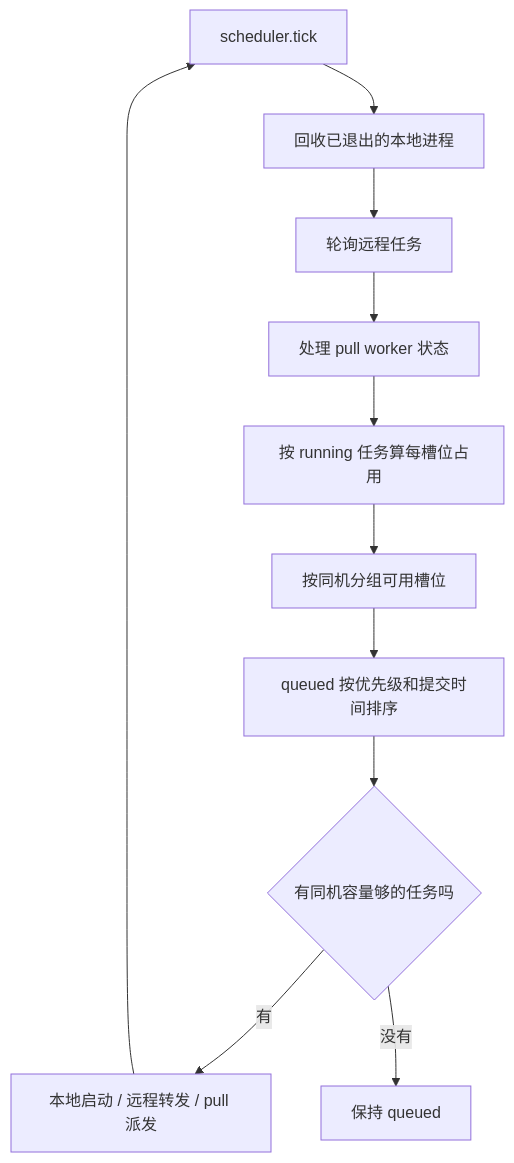
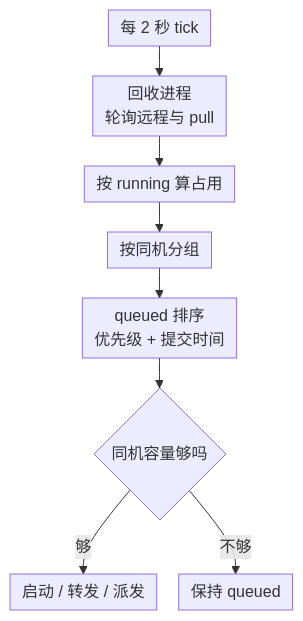
The fifth of 9 diagrams in src/content/posts/chest-smart-diagnosis.md (cixiy1/Yuki-blog), drawn with Mermaid before and after one commit. The commit also changed other lines of this file, not shown here.

First line of the commit message:
fix(posts): 架构图在深色模式下字太小发灰

````diff
--- a/src/content/posts/chest-smart-diagnosis.md
+++ b/src/content/posts/chest-smart-diagnosis.md
@@ -211,13 +206,11 @@
 ```mermaid
+%%{init: {"flowchart": {"nodeSpacing": 22, "rankSpacing": 30, "padding": 6, "wrappingWidth": 160}}}%%
 flowchart TD
-  Tick["scheduler.tick"] --> Reap["回收已退出的本地进程"]
-  Reap --> PollRemote["轮询远程任务"]
-  PollRemote --> PollPull["处理 pull worker 状态"]
-  PollPull --> Count["按 running 任务算每槽位占用"]
-  Count --> Group["按同机分组可用槽位"]
-  Group --> Sort["queued 按优先级和提交时间排序"]
-  Sort --> Fit{"有同机容量够的任务吗"}
-  Fit -->|"有"| Dispatch["本地启动 / 远程转发 / pull 派发"]
-  Fit -->|"没有"| Wait["保持 queued"]
-  Dispatch --> Tick
+  Tick["每 2 秒 tick"] --> Scan["回收进程<br/>轮询远程与 pull"]
+  Scan --> Count["按 running 算占用"]
+  Count --> Group["按同机分组"]
+  Group --> Sort["queued 排序<br/>优先级 + 提交时间"]
+  Sort --> Fit{"同机容量够吗"}
+  Fit -->|"够"| Dispatch["启动 / 转发 / 派发"]
+  Fit -->|"不够"| Wait["保持 queued"]
 ```
````
